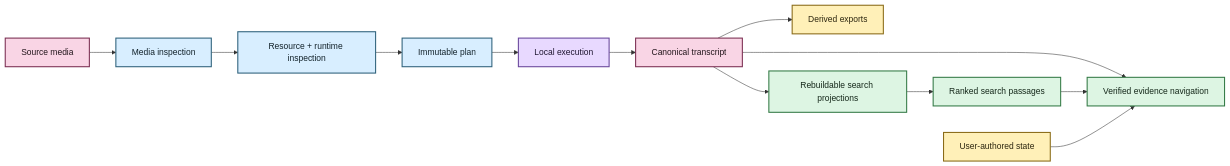
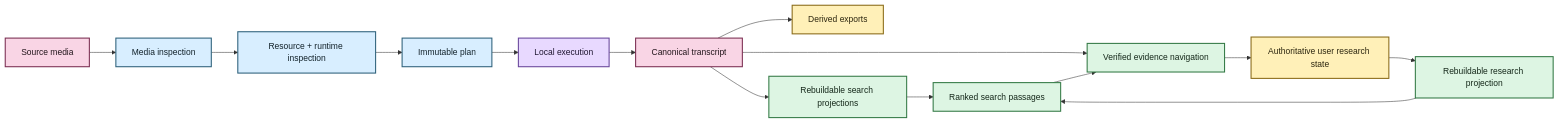
One commit to SSD1805/EchoFlow changed the diagram in docs/architecture/README.md. Above: the diagram before and after it, drawn with Mermaid. The commit also changed other lines of this file, not shown here.

Commit message:
link durable research state architecture

````diff
--- a/docs/architecture/README.md
+++ b/docs/architecture/README.md
@@ -20,26 +20,28 @@
 ```mermaid
 flowchart LR
     A[Source media] --> M[Media inspection]
     M --> R[Resource + runtime inspection]
     R --> P[Immutable plan]
     P --> X[Local execution]
     X --> C[Canonical transcript]
     C --> E[Derived exports]
     C --> L[Rebuildable search projections]
     L --> S[Ranked search passages]
     C --> N[Verified evidence navigation]
     S --> N
-    U[User-authored state] --> N
+    N --> U[Authoritative user research state]
+    U --> RP[Rebuildable research projection]
+    RP --> S
 
     classDef evidence fill:#F9D5E5,stroke:#7B2E52,stroke-width:2px,color:#22151B
     classDef compute fill:#D8EEFF,stroke:#2E617B,stroke-width:2px,color:#12222A
     classDef process fill:#E8D9FF,stroke:#68469B,stroke-width:2px,color:#1F1630
     classDef publish fill:#FFF0B8,stroke:#8A6B18,stroke-width:2px,color:#2C260F
     classDef result fill:#DDF5E3,stroke:#347A46,stroke-width:2px,color:#142719
 
     class A,C evidence
     class M,R,P compute
     class X process
     class E,U publish
-    class L,S,N result
+    class L,S,N,RP result
 ```
````
